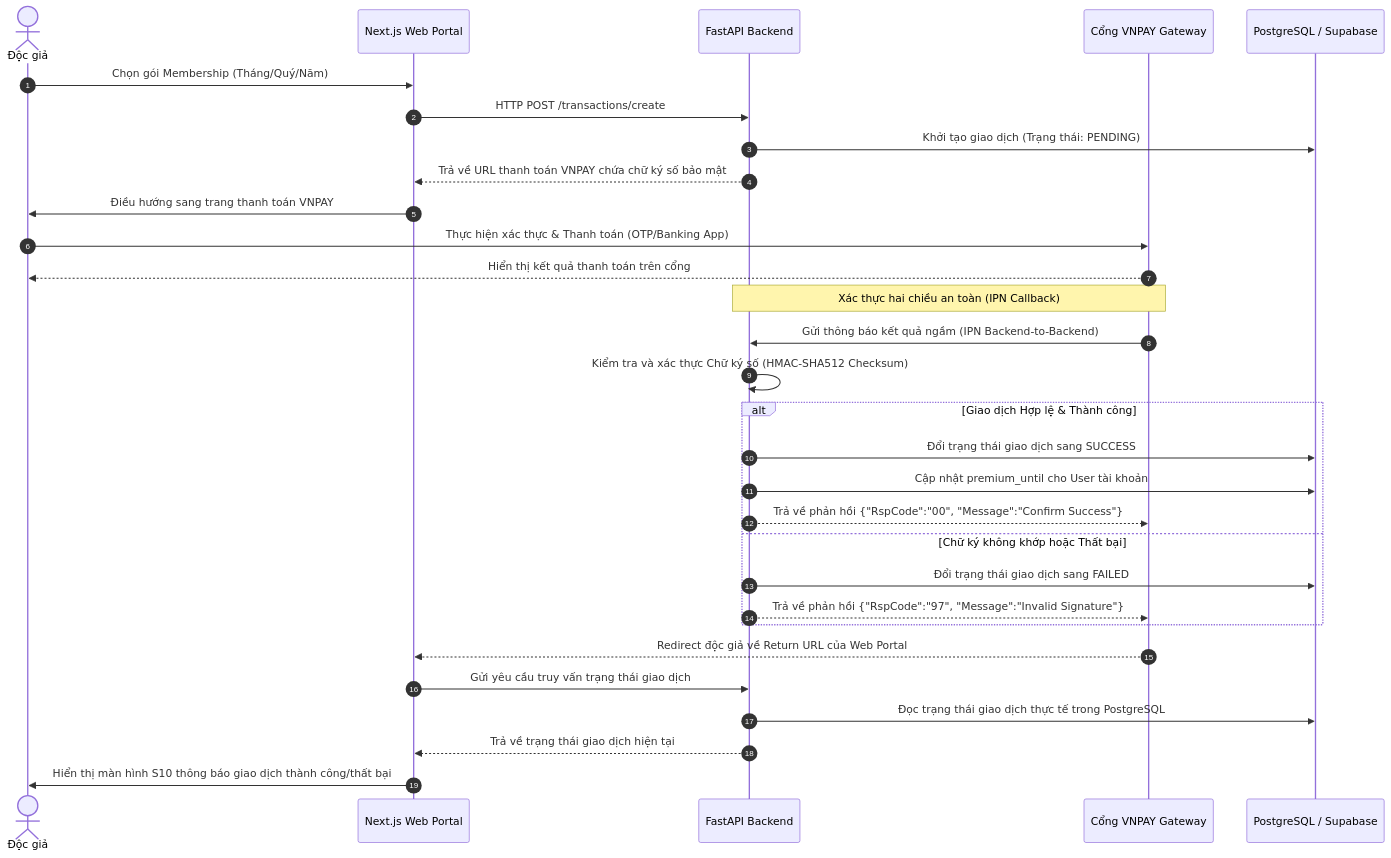
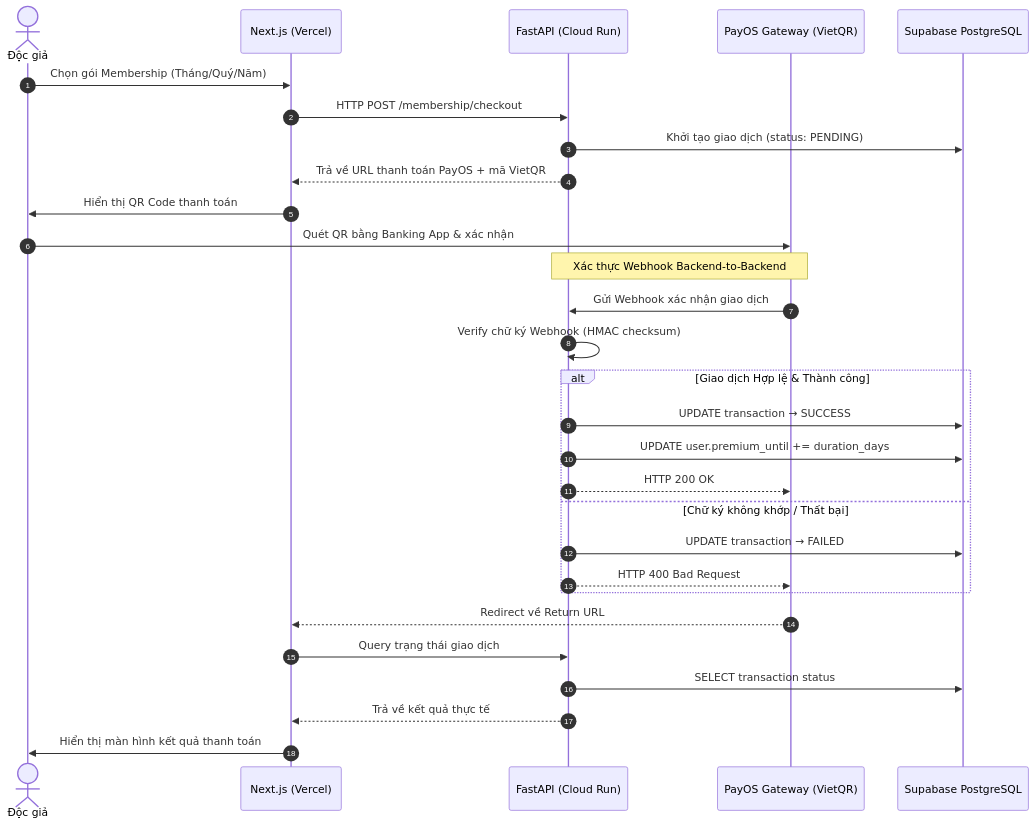
One commit to zeus058/YAG_WRITING_WEB changed the fifth of 7 diagrams in README.md. Above: the diagram before and after it, drawn with Mermaid. The commit also changed other lines of this file and 18 other files, not shown here.

````diff
--- a/README.md
+++ b/README.md
@@ -305,36 +377,35 @@
 ```mermaid
 sequenceDiagram
     autonumber
     actor Reader as Độc giả
-    participant Client as Next.js Web Portal
-    participant API as FastAPI Backend
-    participant VNP as Cổng VNPAY Gateway
-    participant DB as PostgreSQL / Supabase
+    participant Client as Next.js (Vercel)
+    participant API as FastAPI (Cloud Run)
+    participant Pay as PayOS Gateway (VietQR)
+    participant DB as Supabase PostgreSQL
 
     Reader->>Client: Chọn gói Membership (Tháng/Quý/Năm)
-    Client->>API: HTTP POST /transactions/create
-    API->>DB: Khởi tạo giao dịch (Trạng thái: PENDING)
-    API-->>Client: Trả về URL thanh toán VNPAY chứa chữ ký số bảo mật
-    Client->>Reader: Điều hướng sang trang thanh toán VNPAY
-    Reader->>VNP: Thực hiện xác thực & Thanh toán (OTP/Banking App)
-    VNP-->>Reader: Hiển thị kết quả thanh toán trên cổng
+    Client->>API: HTTP POST /membership/checkout
+    API->>DB: Khởi tạo giao dịch (status: PENDING)
+    API-->>Client: Trả về URL thanh toán PayOS + mã VietQR
+    Client->>Reader: Hiển thị QR Code thanh toán
+    Reader->>Pay: Quét QR bằng Banking App & xác nhận
     
-    Note over VNP, API: Xác thực hai chiều an toàn (IPN Callback)
-    VNP->>API: Gửi thông báo kết quả ngầm (IPN Backend-to-Backend)
-    API->>API: Kiểm tra và xác thực Chữ ký số (HMAC-SHA512 Checksum)
+    Note over Pay, API: Xác thực Webhook Backend-to-Backend
+    Pay->>API: Gửi Webhook xác nhận giao dịch
+    API->>API: Verify chữ ký Webhook (HMAC checksum)
     
     alt Giao dịch Hợp lệ & Thành công
-        API->>DB: Đổi trạng thái giao dịch sang SUCCESS
-        API->>DB: Cập nhật premium_until cho User tài khoản
-        API-->>VNP: Trả về phản hồi {"RspCode":"00", "Message":"Confirm Success"}
-    else Chữ ký không khớp hoặc Thất bại
-        API->>DB: Đổi trạng thái giao dịch sang FAILED
-        API-->>VNP: Trả về phản hồi {"RspCode":"97", "Message":"Invalid Signature"}
+        API->>DB: UPDATE transaction → SUCCESS
+        API->>DB: UPDATE user.premium_until += duration_days
+        API-->>Pay: HTTP 200 OK
+    else Chữ ký không khớp / Thất bại
+        API->>DB: UPDATE transaction → FAILED
+        API-->>Pay: HTTP 400 Bad Request
     end
 
-    VNP-->>Client: Redirect độc giả về Return URL của Web Portal
-    Client->>API: Gửi yêu cầu truy vấn trạng thái giao dịch
-    API->>DB: Đọc trạng thái giao dịch thực tế trong PostgreSQL
-    API-->>Client: Trả về trạng thái giao dịch hiện tại
-    Client->>Reader: Hiển thị màn hình S10 thông báo giao dịch thành công/thất bại
+    Pay-->>Client: Redirect về Return URL
+    Client->>API: Query trạng thái giao dịch
+    API->>DB: SELECT transaction status
+    API-->>Client: Trả về kết quả thực tế
+    Client->>Reader: Hiển thị màn hình kết quả thanh toán
 ```
````
